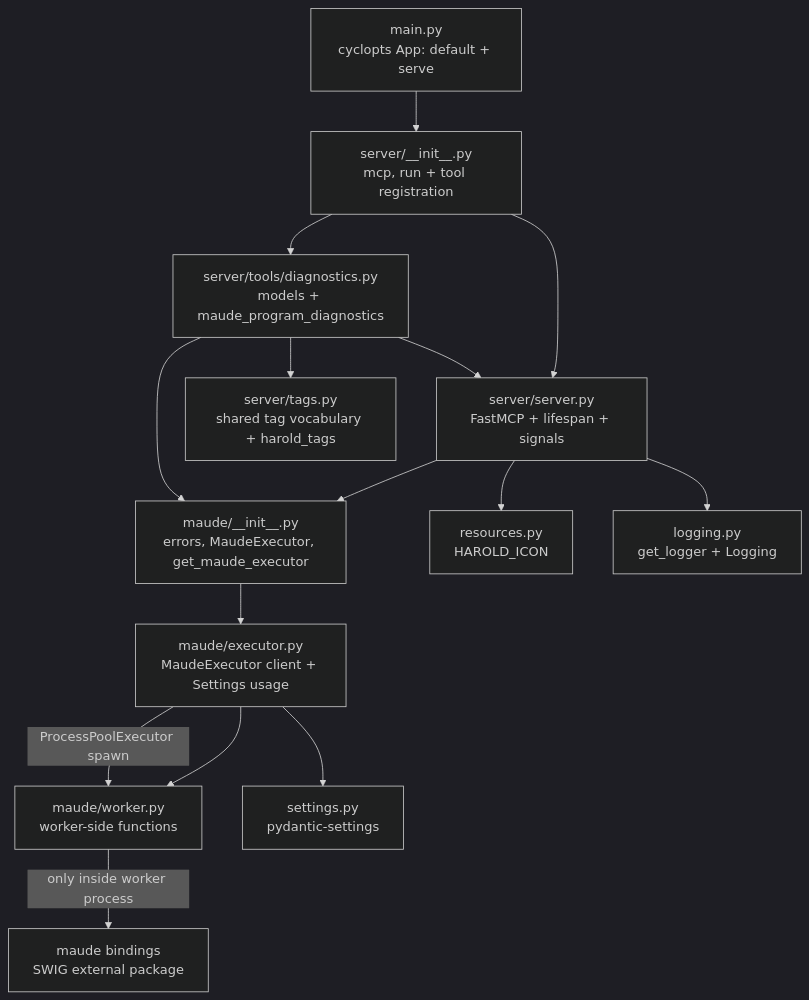
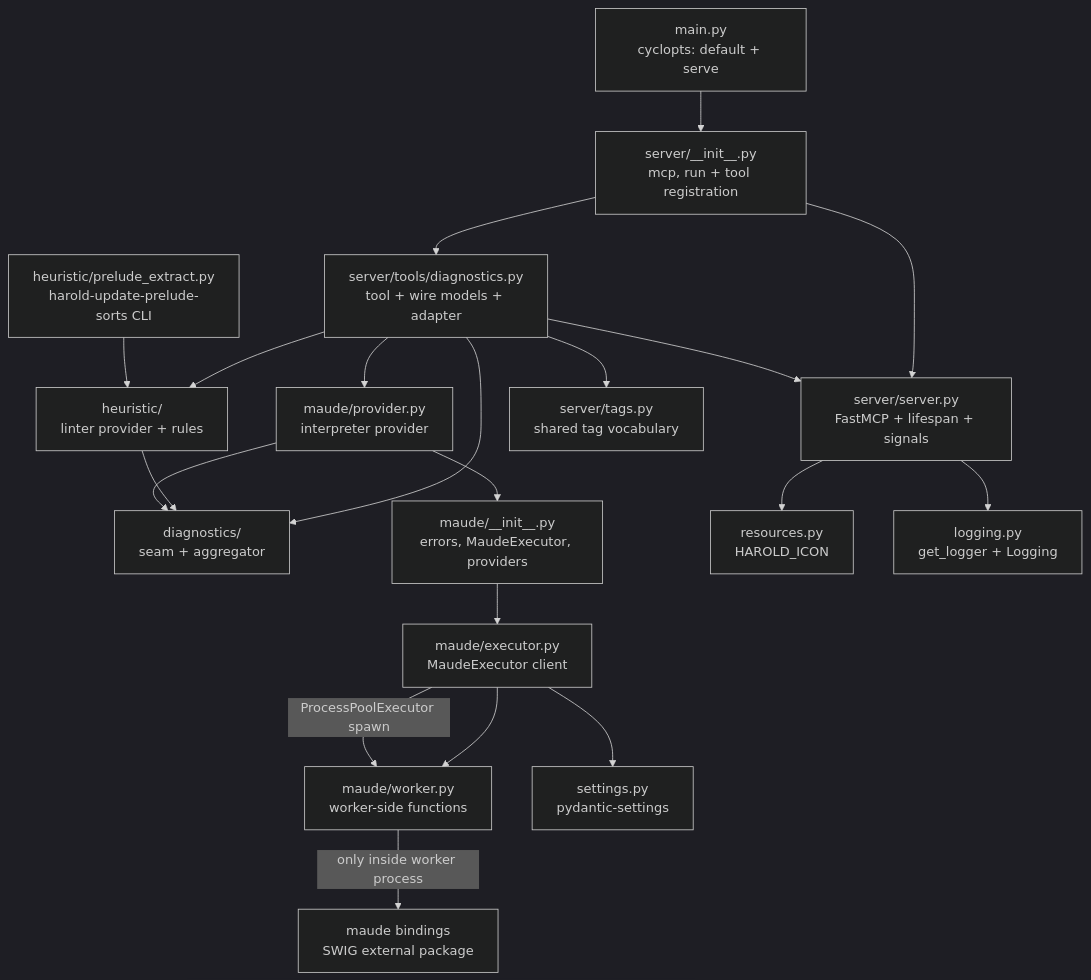
Before and after one commit to demiourgoi/Harold: the first of 2 diagrams in harold-mcp/.agents/summary/architecture.md, drawn with Mermaid (dark theme). The commit also changed other lines of this file and 9 other files, not shown here.

````diff
--- a/harold-mcp/.agents/summary/architecture.md
+++ b/harold-mcp/.agents/summary/architecture.md
@@ -24,17 +30,22 @@
 ```mermaid
 graph TB
-    main[main.py<br>cyclopts App: default + serve] --> serverpkg[server/__init__.py<br>mcp, run + tool registration]
+    main[main.py<br>cyclopts: default + serve] --> serverpkg[server/__init__.py<br>mcp, run + tool registration]
     serverpkg --> serversrv[server/server.py<br>FastMCP + lifespan + signals]
-    serverpkg --> tools[server/tools/diagnostics.py<br>models + maude_program_diagnostics]
-    serversrv --> maudepkg[maude/__init__.py<br>errors, MaudeExecutor, get_maude_executor]
+    serverpkg --> tools[server/tools/diagnostics.py<br>tool + wire models + adapter]
+    tools --> diagpkg[diagnostics/<br>seam + aggregator]
+    tools --> heurpkg[heuristic/<br>linter provider + rules]
+    tools --> maudeprov[maude/provider.py<br>interpreter provider]
     tools --> serversrv
-    tools --> maudepkg
-    tools --> tags[server/tags.py<br>shared tag vocabulary + harold_tags]
-    maudepkg --> executor[maude/executor.py<br>MaudeExecutor client + Settings usage]
+    tools --> tags[server/tags.py<br>shared tag vocabulary]
+    heurpkg --> diagpkg
+    maudeprov --> diagpkg
+    maudeprov --> maudepkg[maude/__init__.py<br>errors, MaudeExecutor, providers]
+    maudepkg --> executor[maude/executor.py<br>MaudeExecutor client]
     executor --> worker[maude/worker.py<br>worker-side functions]
     executor --> settings[settings.py<br>pydantic-settings]
-    worker -->|only inside worker process| maudebindings[maude bindings<br>SWIG external package]
+    worker -->|only inside worker process| bindings[maude bindings<br>SWIG external package]
     executor -->|ProcessPoolExecutor spawn| worker
+    cli[heuristic/prelude_extract.py<br>harold-update-prelude-sorts CLI] --> heurpkg
     serversrv --> resources[resources.py<br>HAROLD_ICON]
     serversrv --> logging[logging.py<br>get_logger + Logging]
 ```
````
